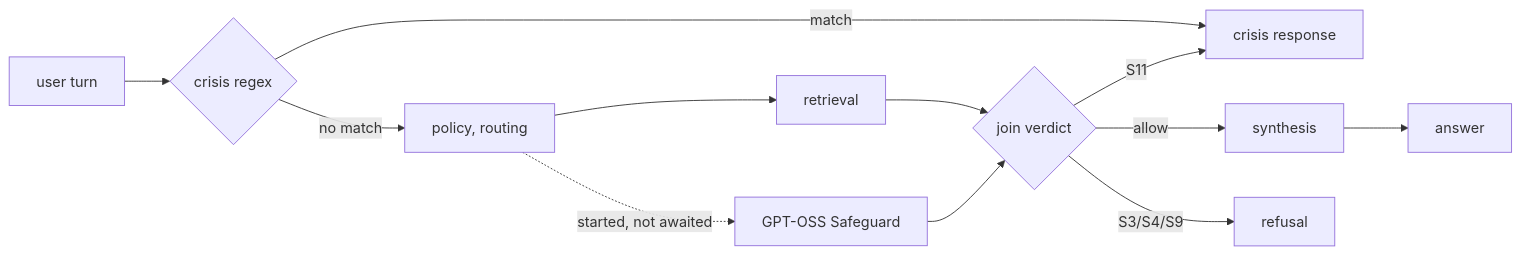
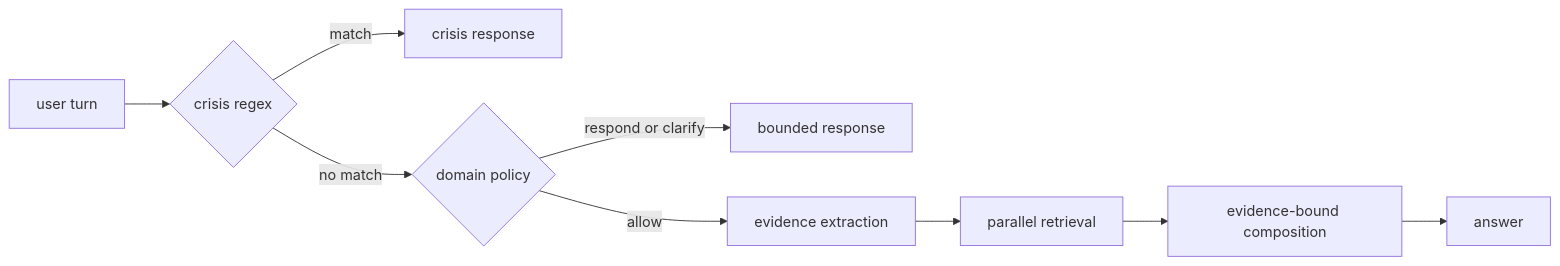
One commit to HarshitBadam/trade-intel changed the third of 3 diagrams in docs/architecture.md. Above: the diagram before and after it, drawn with Mermaid. The commit also changed other lines of this file and 294 other files, not shown here.

Commit message:
refactor: prune legacy StockSage and modularize repository architecture

````diff
--- a/docs/architecture.md
+++ b/docs/architecture.md
@@ -158,14 +158,11 @@
 ```mermaid
 flowchart LR
   M["user turn"] --> R{"crisis regex"}
   R -->|match| C["crisis response"]
-  R -->|no match| P["policy, routing"]
-  P --> RT["retrieval"]
-  P -.->|started, not awaited| G["GPT-OSS Safeguard"]
-  RT --> J{"join verdict"}
-  G --> J
-  J -->|allow| A["synthesis"]
+  R -->|no match| P{"domain policy"}
+  P -->|respond or clarify| REF["bounded response"]
+  P -->|allow| X["evidence extraction"]
+  X --> RT["parallel retrieval"]
+  RT --> A["evidence-bound composition"]
   A --> OUT["answer"]
-  J -->|S11| C
-  J -->|S3/S4/S9| REF["refusal"]
 ```
````
